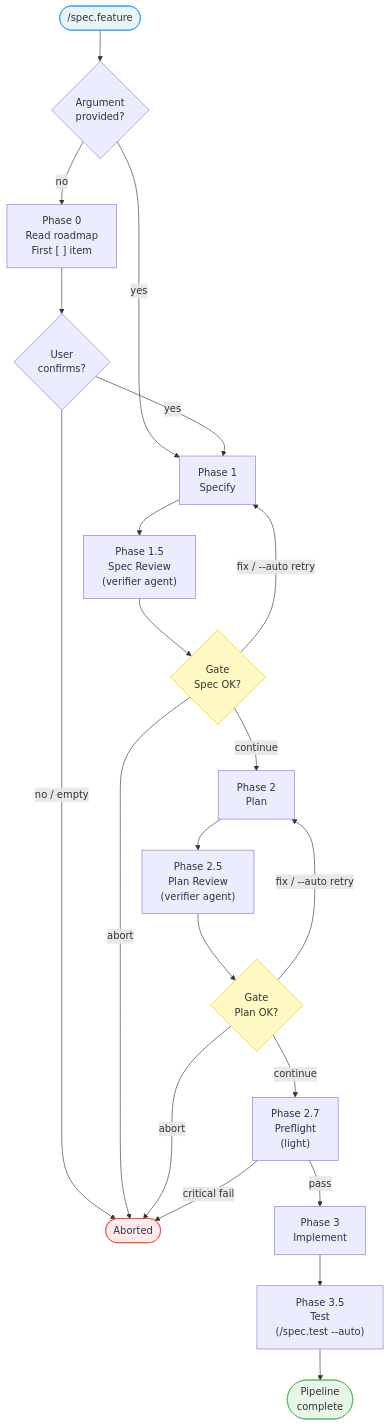
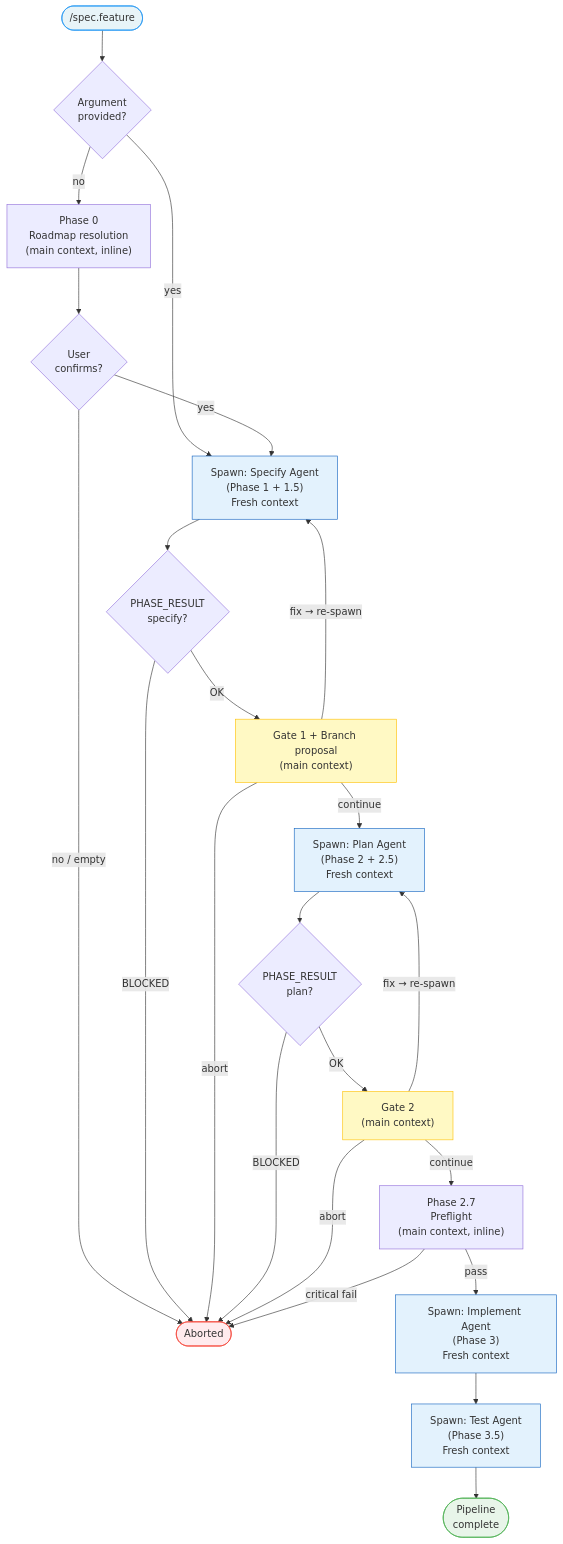
One commit to julien-m/livespec changed the diagram in commands/feature.md. Above: the diagram before and after it, drawn with Mermaid. The commit also changed other lines of this file, not shown here.

First line of the commit message:
feat(feature): implement supervisor pattern — dispatch each pipeline phase as isolated agent

````diff
--- a/commands/feature.md
+++ b/commands/feature.md
@@ -18,30 +18,36 @@
 ```mermaid
 flowchart TD
     START(["/spec.feature"]) --> ARG{"Argument\nprovided?"}
     ARG -->|"yes"| P1
-    ARG -->|"no"| RESOLVE["Phase 0\nRead roadmap\nFirst [ ] item"]
+    ARG -->|"no"| RESOLVE["Phase 0\nRoadmap resolution\n(main context, inline)"]
     RESOLVE --> CONFIRM{"User\nconfirms?"}
     CONFIRM -->|"yes"| P1
     CONFIRM -->|"no / empty"| ABORT
-    P1["Phase 1\nSpecify"]
-    P1 --> P15["Phase 1.5\nSpec Review\n(verifier agent)"]
-    P15 --> G1{"Gate\nSpec OK?"}
-    G1 -->|"fix / --auto retry"| P1
+    P1["Spawn: Specify Agent\n(Phase 1 + 1.5)\nFresh context"]
+    P1 --> PR1{"PHASE_RESULT\nspecify?"}
+    PR1 -->|"BLOCKED"| ABORT
+    PR1 -->|"OK"| G1["Gate 1 + Branch proposal\n(main context)"]
+    G1 -->|"fix → re-spawn"| P1
     G1 -->|"abort"| ABORT(["Aborted"])
-    G1 -->|"continue"| P2["Phase 2\nPlan"]
-    P2 --> P25["Phase 2.5\nPlan Review\n(verifier agent)"]
-    P25 --> G2{"Gate\nPlan OK?"}
-    G2 -->|"fix / --auto retry"| P2
+    G1 -->|"continue"| P2["Spawn: Plan Agent\n(Phase 2 + 2.5)\nFresh context"]
+    P2 --> PR2{"PHASE_RESULT\nplan?"}
+    PR2 -->|"BLOCKED"| ABORT
+    PR2 -->|"OK"| G2["Gate 2\n(main context)"]
+    G2 -->|"fix → re-spawn"| P2
     G2 -->|"abort"| ABORT
-    G2 -->|"continue"| P27["Phase 2.7\nPreflight\n(light)"]
+    G2 -->|"continue"| P27["Phase 2.7\nPreflight\n(main context, inline)"]
     P27 -->|"critical fail"| ABORT
-    P27 -->|"pass"| P3["Phase 3\nImplement"]
-    P3 --> P35["Phase 3.5\nTest\n(/spec.test --auto)"]
+    P27 -->|"pass"| P3["Spawn: Implement Agent\n(Phase 3)\nFresh context"]
+    P3 --> P35["Spawn: Test Agent\n(Phase 3.5)\nFresh context"]
     P35 --> DONE(["Pipeline\ncomplete"])
 
     style START fill:#e8f4f8,stroke:#2196F3
+    style P1 fill:#e3f2fd,stroke:#1565C0
+    style P2 fill:#e3f2fd,stroke:#1565C0
+    style P3 fill:#e3f2fd,stroke:#1565C0
+    style P35 fill:#e3f2fd,stroke:#1565C0
     style G1 fill:#fff9c4,stroke:#FFC107
     style G2 fill:#fff9c4,stroke:#FFC107
     style ABORT fill:#ffebee,stroke:#F44336
     style DONE fill:#e8f5e9,stroke:#4CAF50
 ```
````
